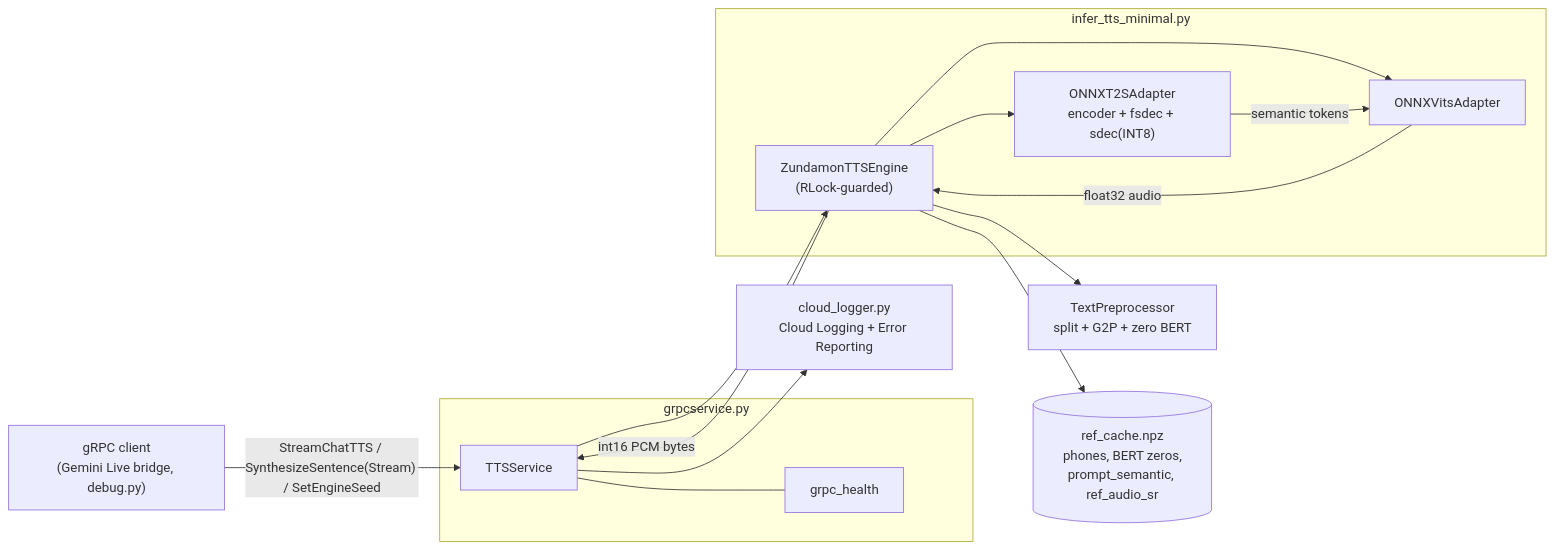
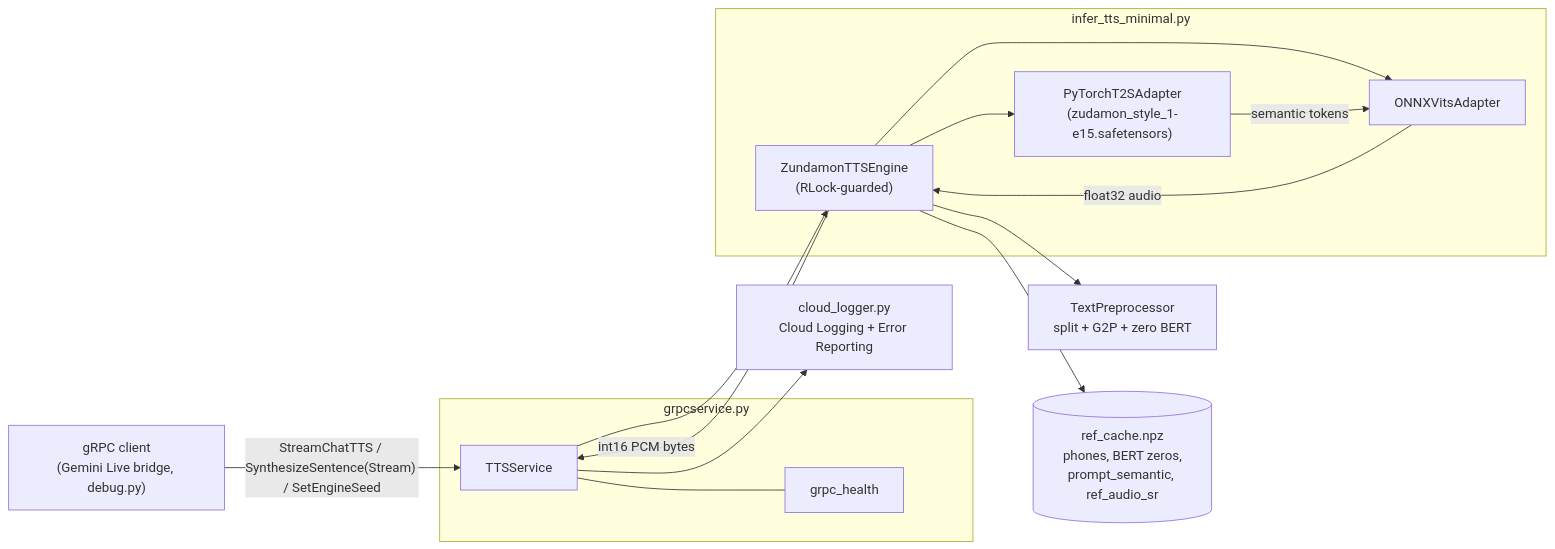
Before and after one commit to dodo701/voiceger-for-cloud: the first of 4 diagrams in AGENTS.md, drawn with Mermaid. The commit also changed other lines of this file and 16 other files, not shown here.

````diff
--- a/AGENTS.md
+++ b/AGENTS.md
@@ -42,28 +43,28 @@
 ```mermaid
 flowchart LR
     Client["gRPC client<br/>(Gemini Live bridge, debug.py)"]
     subgraph Server["grpcservice.py"]
         Svc["TTSService"]
         Health["grpc_health"]
     end
     subgraph Engine["infer_tts_minimal.py"]
         Eng["ZundamonTTSEngine<br/>(RLock-guarded)"]
-        T2S["ONNXT2SAdapter<br/>encoder + fsdec + sdec(INT8)"]
+        T2S["PyTorchT2SAdapter<br/>(zudamon_style_1-e15.safetensors)"]
         Vits["ONNXVitsAdapter"]
     end
     TP["TextPreprocessor<br/>split + G2P + zero BERT"]
     Cache[("ref_cache.npz<br/>phones, BERT zeros,<br/>prompt_semantic, ref_audio_sr")]
     Log["cloud_logger.py<br/>Cloud Logging + Error Reporting"]
 
     Client -->|"StreamChatTTS / SynthesizeSentence(Stream) / SetEngineSeed"| Svc
     Svc --> Eng
     Svc --> Log
     Svc --- Health
     Eng --> TP
     Eng --> Cache
     Eng --> T2S
     Eng --> Vits
     T2S -->|"semantic tokens"| Vits
     Vits -->|"float32 audio"| Eng
     Eng -->|"int16 PCM bytes"| Svc
 ```
````
